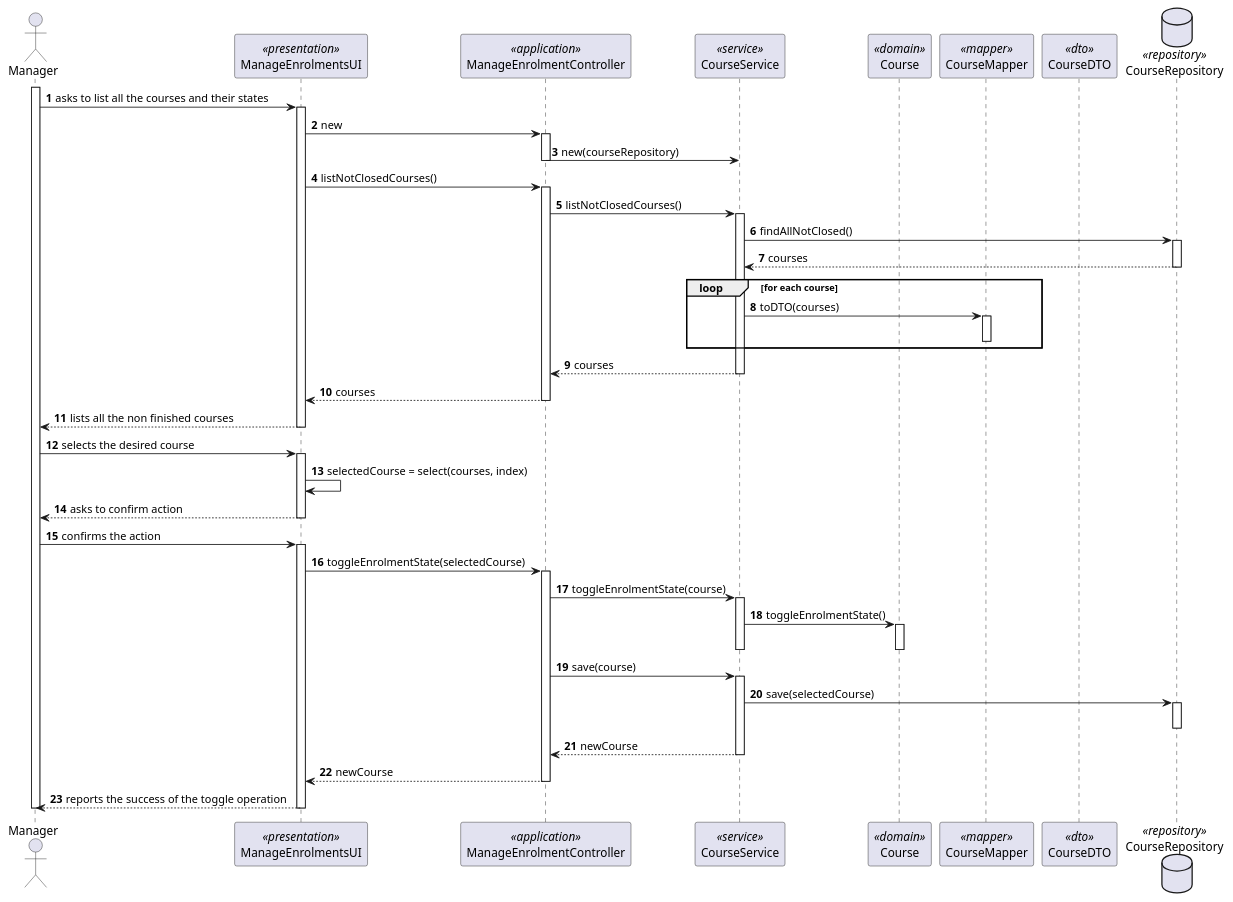
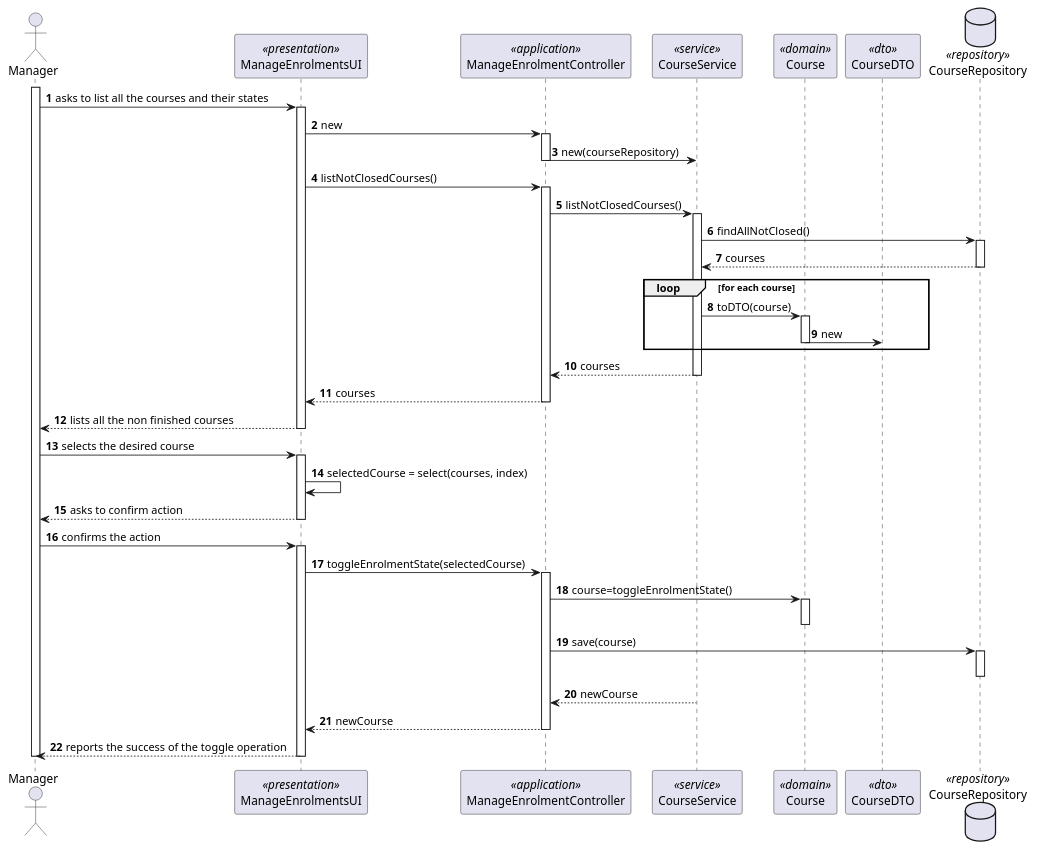
The diagram in docs/sprint-b/us09-1003/US1003_SD.puml (miseEnPlace-dev/lapr4), drawn with PlantUML before and after one commit. The commit also changed 13 other files, not shown here.

```diff
--- a/docs/sprint-b/us09-1003/US1003_SD.puml
+++ b/docs/sprint-b/us09-1003/US1003_SD.puml
@@ -1,77 +1,72 @@
 @startuml US1003_SD
 autonumber
 
 actor "Manager" as M
 participant "ManageEnrolmentsUI" as UI <<presentation>>
 participant "ManageEnrolmentController" as CTRL <<application>>
 participant "CourseService" as SRV <<service>>
 participant "Course" as C <<domain>>
-participant "CourseMapper" as MAP <<mapper>>
 participant "CourseDTO" as DTO <<dto>>
 
 database CourseRepository as REP <<repository>>
 
 activate M
 
 M -> UI : asks to list all the courses and their states
 activate UI
 
 UI -> CTRL : new
 activate CTRL
 CTRL -> SRV : new(courseRepository)
 deactivate CTRL
 
 UI -> CTRL : listNotClosedCourses()
 activate CTRL
 CTRL -> SRV : listNotClosedCourses()
 activate SRV
 SRV -> REP : findAllNotClosed()
 activate REP
 REP --> SRV : courses
 deactivate REP
 
 loop for each course
-  SRV -> MAP : toDTO(courses)
-  activate MAP
-  deactivate MAP
+  SRV -> C : toDTO(course)
+  activate C
+  C -> DTO : new
+  deactivate C
 end loop
 
 SRV --> CTRL : courses
 deactivate SRV
 CTRL --> UI : courses
 deactivate CTRL
 
 UI --> M : lists all the non finished courses
 deactivate UI
 
 M -> UI : selects the desired course
 activate UI
 UI -> UI : selectedCourse = select(courses, index)
 UI --> M : asks to confirm action
 deactivate UI
 
 M -> UI : confirms the action
 activate UI
 UI -> CTRL : toggleEnrolmentState(selectedCourse)
 activate CTRL
-CTRL -> SRV : toggleEnrolmentState(course)
-activate SRV
-SRV -> C : toggleEnrolmentState()
+CTRL -> C : course=toggleEnrolmentState()
 activate C
 deactivate C
-deactivate SRV
-CTRL -> SRV : save(course)
-activate SRV
-SRV -> REP : save(selectedCourse)
+CTRL -> REP : save(course)
 activate REP
 deactivate REP
 SRV --> CTRL : newCourse
 deactivate SRV
 CTRL --> UI : newCourse
 deactivate CTRL
 UI--> M : reports the success of the toggle operation
 deactivate UI
 
 deactivate M
 
 @enduml
```
